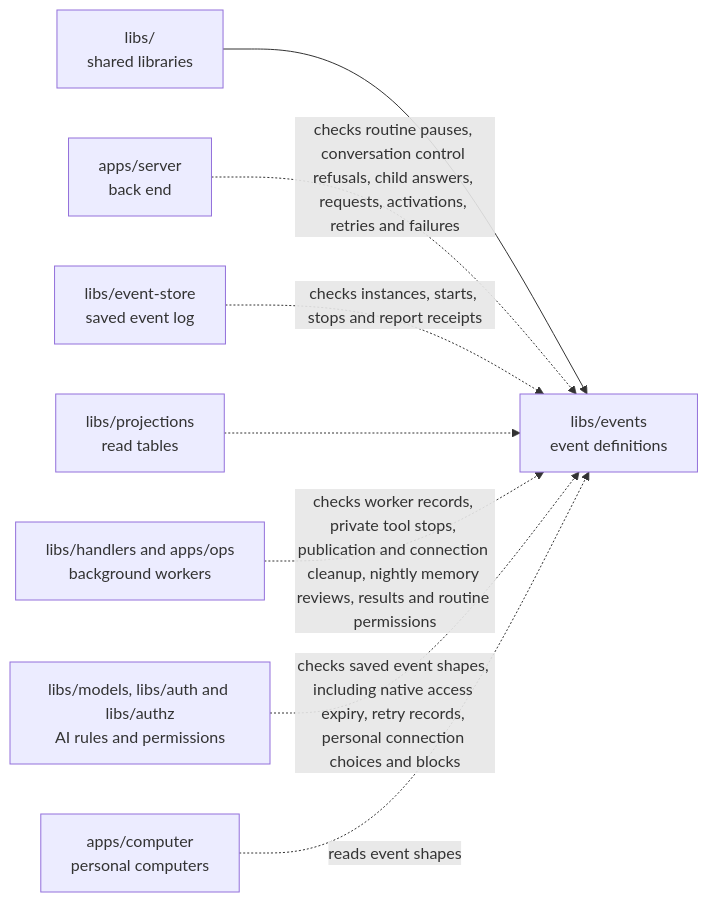
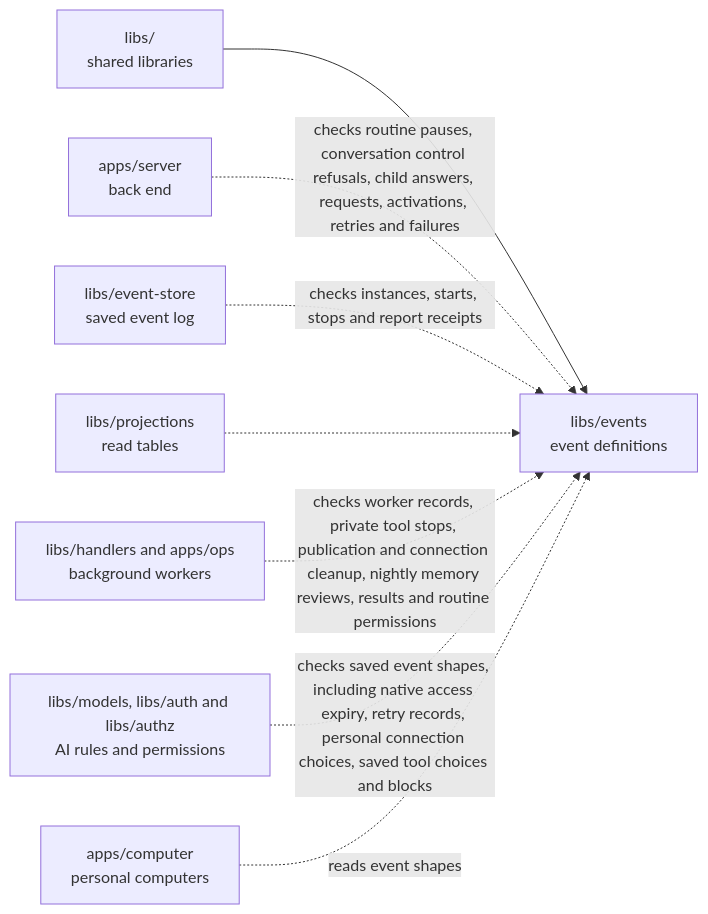
One commit to elewa-git/opencrane-new changed the diagram in libs/events/README.md. Above: the diagram before and after it, drawn with Mermaid. The commit also changed other lines of this file and 12 other files, not shown here.

Commit message:
🔎 Recover exact saved tool mode changes with safe receipts

````diff
--- a/libs/events/README.md
+++ b/libs/events/README.md
@@ -20,10 +21,10 @@
 ```mermaid
 flowchart LR
   parent["libs/<br/>shared libraries"] --> events["libs/events<br/>event definitions"]
   server["apps/server<br/>back end"] -.->|checks routine pauses, conversation control refusals, child answers, requests, activations, retries and failures| events
   store["libs/event-store<br/>saved event log"] -.->|checks instances, starts, stops and report receipts| events
   projections["libs/projections<br/>read tables"] -.-> events
   workers["libs/handlers and apps/ops<br/>background workers"] -.->|checks worker records, private tool stops, publication and connection cleanup, nightly memory reviews, results and routine permissions| events
-  models["libs/models, libs/auth and libs/authz<br/>AI rules and permissions"] -.->|checks saved event shapes, including native access expiry, retry records, personal connection choices and blocks| events
+  models["libs/models, libs/auth and libs/authz<br/>AI rules and permissions"] -.->|checks saved event shapes, including native access expiry, retry records, personal connection choices, saved tool choices and blocks| events
   computer["apps/computer<br/>personal computers"] -.->|reads event shapes| events
 ```
````
